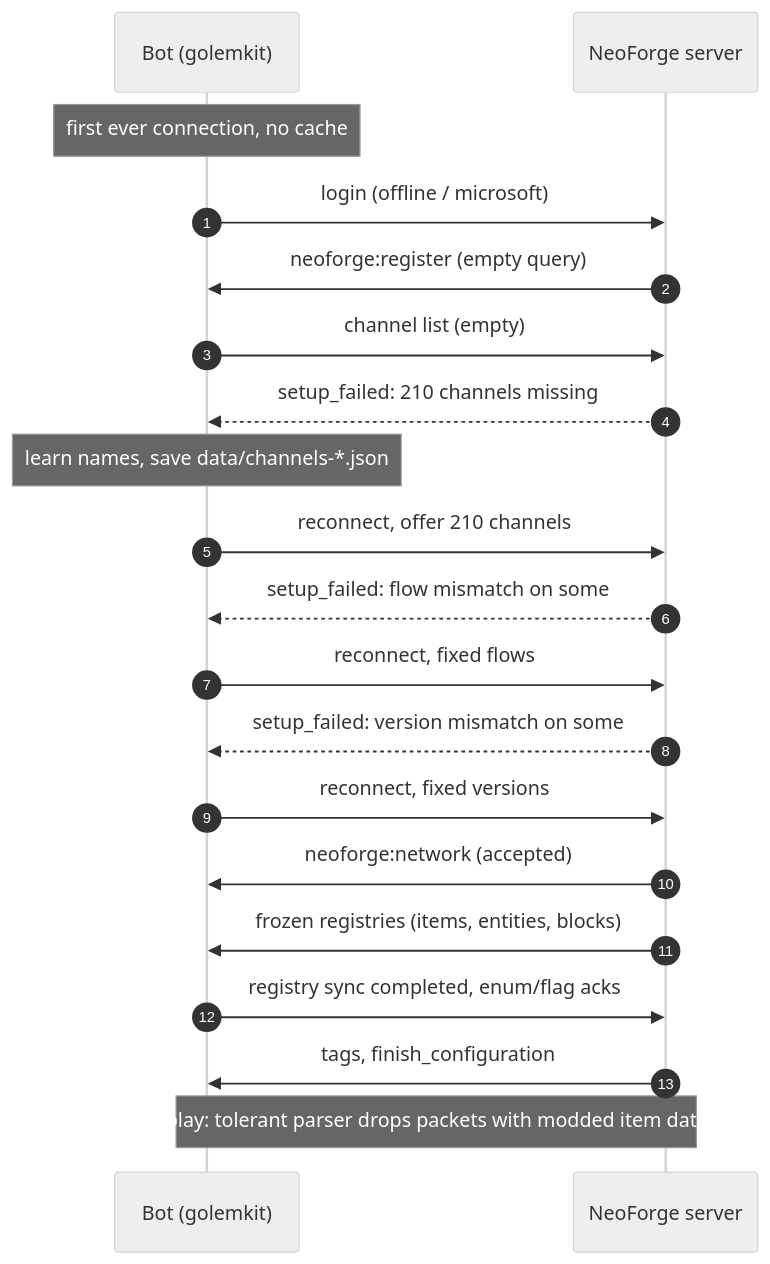
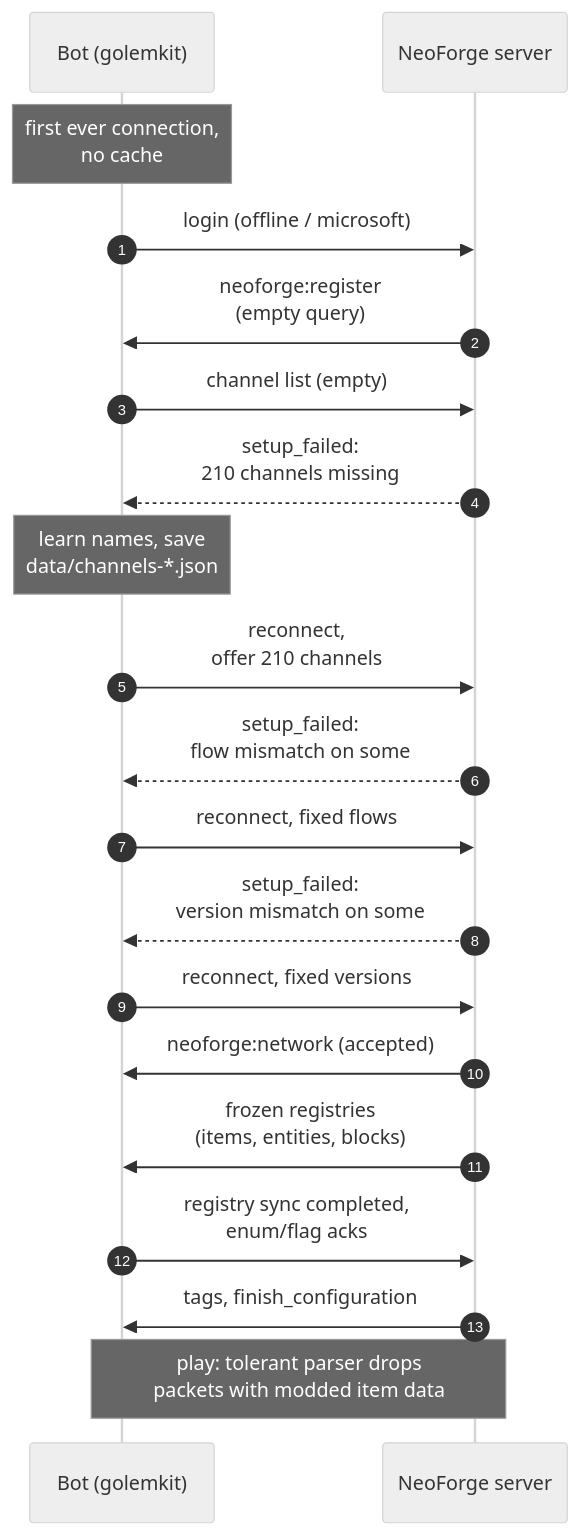
Before and after one commit to thereisnotime/golemkit: the diagram in docs/concepts/neoforge.md, drawn with Mermaid (neutral theme). The commit also changed 20 other files, not shown here.

First line of the commit message:
Docs: replace the last ASCII diagrams with mermaid, make wide charts top-down to fit the column

````diff
--- a/docs/concepts/neoforge.md
+++ b/docs/concepts/neoforge.md
@@ -10,22 +10,22 @@
 ```mermaid
 sequenceDiagram
   autonumber
   participant B as Bot (golemkit)
   participant S as NeoForge server
-  Note over B: first ever connection, no cache
+  Note over B: first ever connection,<br/>no cache
   B->>S: login (offline / microsoft)
-  S->>B: neoforge:register (empty query)
+  S->>B: neoforge:register<br/>(empty query)
   B->>S: channel list (empty)
-  S-->>B: setup_failed: 210 channels missing
-  Note over B: learn names, save data/channels-*.json
-  B->>S: reconnect, offer 210 channels
-  S-->>B: setup_failed: flow mismatch on some
+  S-->>B: setup_failed:<br/>210 channels missing
+  Note over B: learn names, save<br/>data/channels-*.json
+  B->>S: reconnect,<br/>offer 210 channels
+  S-->>B: setup_failed:<br/>flow mismatch on some
   B->>S: reconnect, fixed flows
-  S-->>B: setup_failed: version mismatch on some
+  S-->>B: setup_failed:<br/>version mismatch on some
   B->>S: reconnect, fixed versions
   S->>B: neoforge:network (accepted)
-  S->>B: frozen registries (items, entities, blocks)
-  B->>S: registry sync completed, enum/flag acks
+  S->>B: frozen registries<br/>(items, entities, blocks)
+  B->>S: registry sync completed,<br/>enum/flag acks
   S->>B: tags, finish_configuration
-  Note over B,S: play: tolerant parser drops packets with modded item data
+  Note over B,S: play: tolerant parser drops<br/>packets with modded item data
 ```
````
